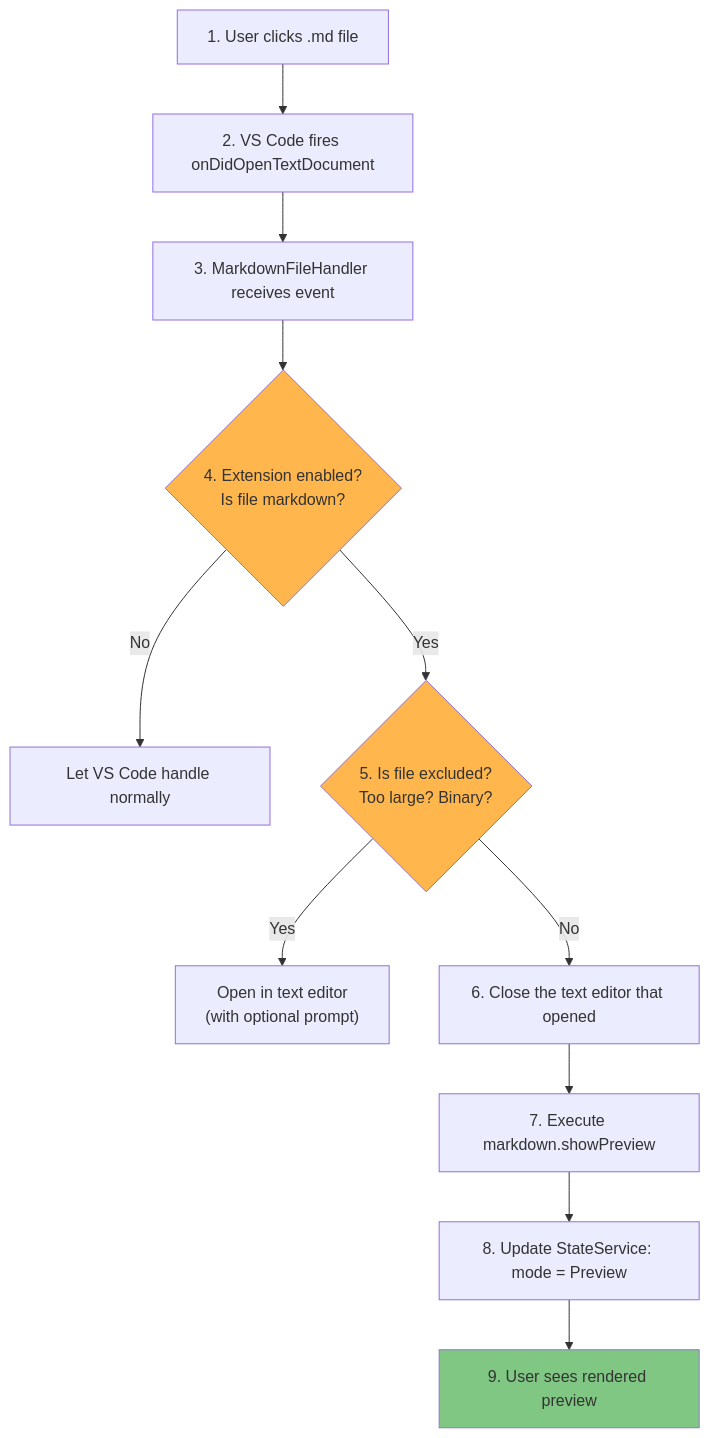
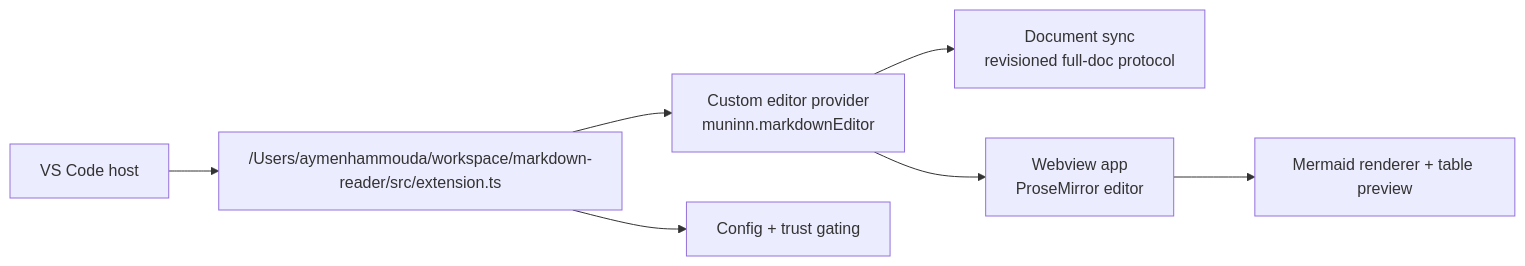
One commit to bluecloud-dev/markdown-preview changed the diagram in docs/ARCHITECTURE.md. Above: the diagram before and after it, drawn with Mermaid. The commit also changed other lines of this file and 110 other files, not shown here.

````diff
--- a/docs/ARCHITECTURE.md
+++ b/docs/ARCHITECTURE.md
@@ -144,20 +12,9 @@
 ```mermaid
-flowchart TD
-    A["1. User clicks .md file"] --> B["2. VS Code fires onDidOpenTextDocument"]
-    B --> C["3. MarkdownFileHandler receives event"]
-    C --> D{"4. Extension enabled?<br/>Is file markdown?"}
-
-    D -->|No| E["Let VS Code handle normally"]
-    D -->|Yes| F{"5. Is file excluded?<br/>Too large? Binary?"}
-
-    F -->|Yes| G["Open in text editor<br/>(with optional prompt)"]
-    F -->|No| H["6. Close the text editor that opened"]
-
-    H --> I["7. Execute markdown.showPreview"]
-    I --> J["8. Update StateService: mode = Preview"]
-    J --> K["9. User sees rendered preview"]
-
-    style D fill:#FFB74D
-    style F fill:#FFB74D
-    style K fill:#81C784
+flowchart LR
+  A["VS Code host"] --> B["/Users/aymenhammouda/workspace/markdown-reader/src/extension.ts"]
+  B --> C["Custom editor provider\nmuninn.markdownEditor"]
+  C --> D["Document sync\nrevisioned full-doc protocol"]
+  C --> E["Webview app\nProseMirror editor"]
+  E --> F["Mermaid renderer + table preview"]
+  B --> G["Config + trust gating"]
 ```
````
